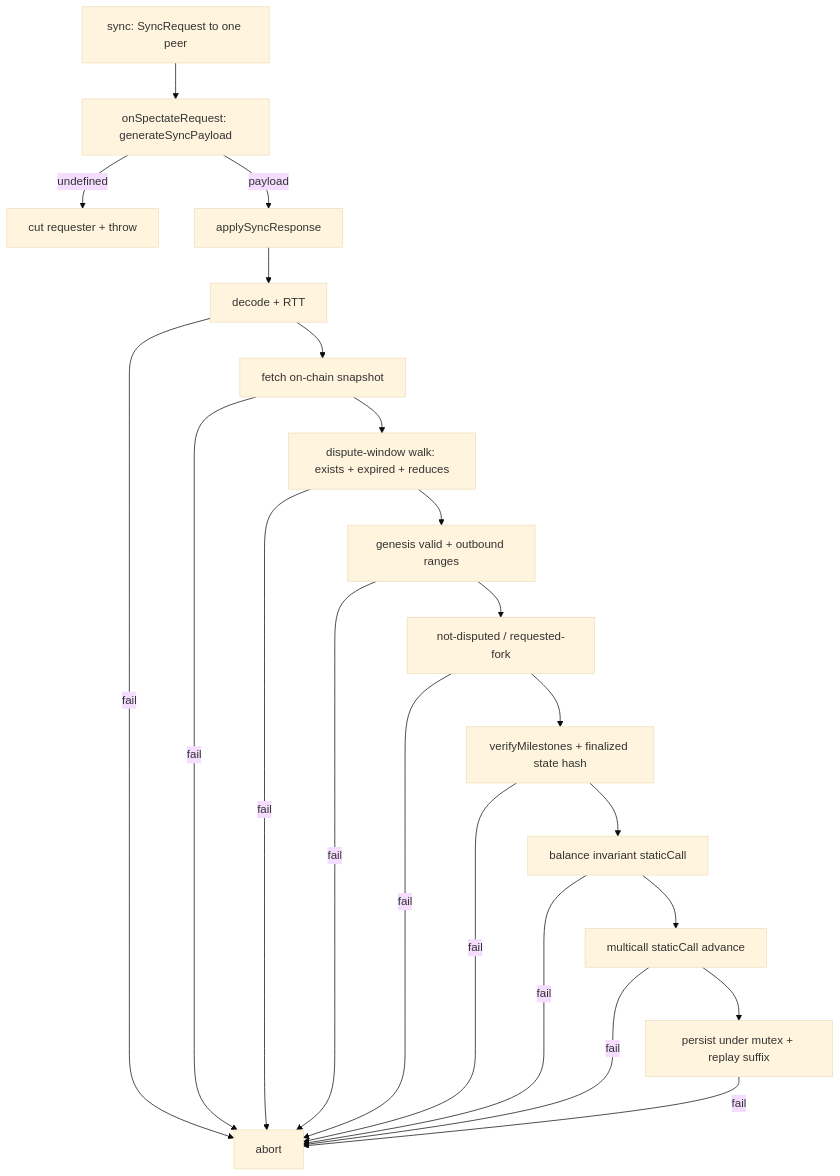
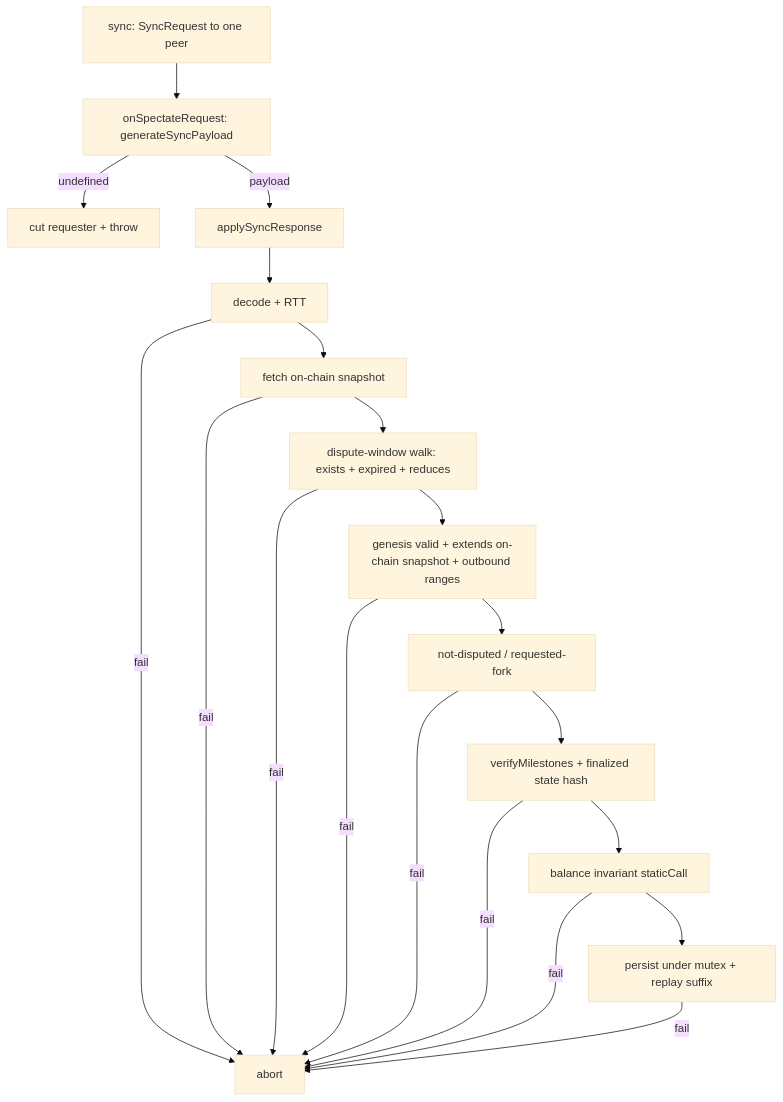
Before and after one commit to peer3to/state-channels-plus: the diagram in docs/spec/implementation/views/architecture/sdk/rpc/spectate.md, drawn with Mermaid (base theme). The commit also changed other lines of this file and 3 other files, not shown here.

````diff
--- a/docs/spec/implementation/views/architecture/sdk/rpc/spectate.md
+++ b/docs/spec/implementation/views/architecture/sdk/rpc/spectate.md
@@ -182,16 +182,15 @@
 ```mermaid
 flowchart TD
     RQ[sync: SyncRequest to one peer] --> RESP[onSpectateRequest: generateSyncPayload]
     RESP -- undefined --> CUT[cut requester + throw]
     RESP -- payload --> AV[applySyncResponse]
     AV --> V1[decode + RTT]
     V1 --> V2[fetch on-chain snapshot]
     V2 --> V3[dispute-window walk: exists + expired + reduces]
-    V3 --> V4[genesis valid + outbound ranges]
+    V3 --> V4[genesis valid + extends on-chain snapshot + outbound ranges]
     V4 --> V5[not-disputed / requested-fork]
     V5 --> V6[verifyMilestones + finalized state hash]
     V6 --> V7[balance invariant staticCall]
-    V7 --> V8[multicall staticCall advance]
-    V8 --> P[persist under mutex + replay suffix]
-    V1 & V2 & V3 & V4 & V5 & V6 & V7 & V8 & P -- fail --> AB[abort]
+    V7 --> P[persist under mutex + replay suffix]
+    V1 & V2 & V3 & V4 & V5 & V6 & V7 & P -- fail --> AB[abort]
 ```
````
